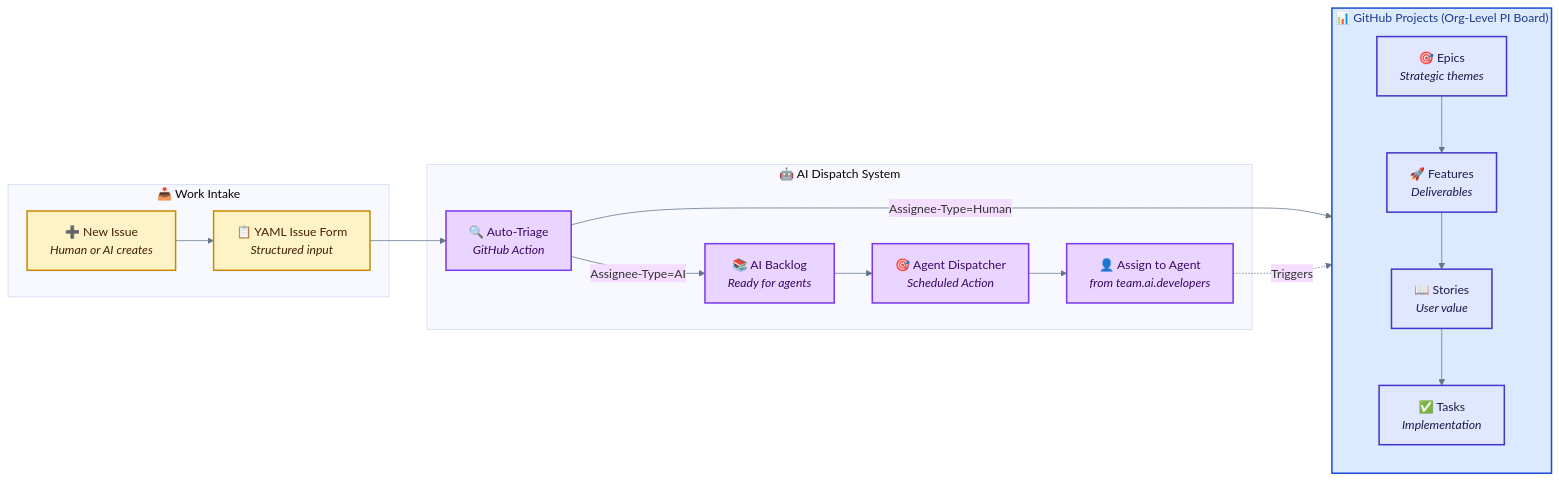
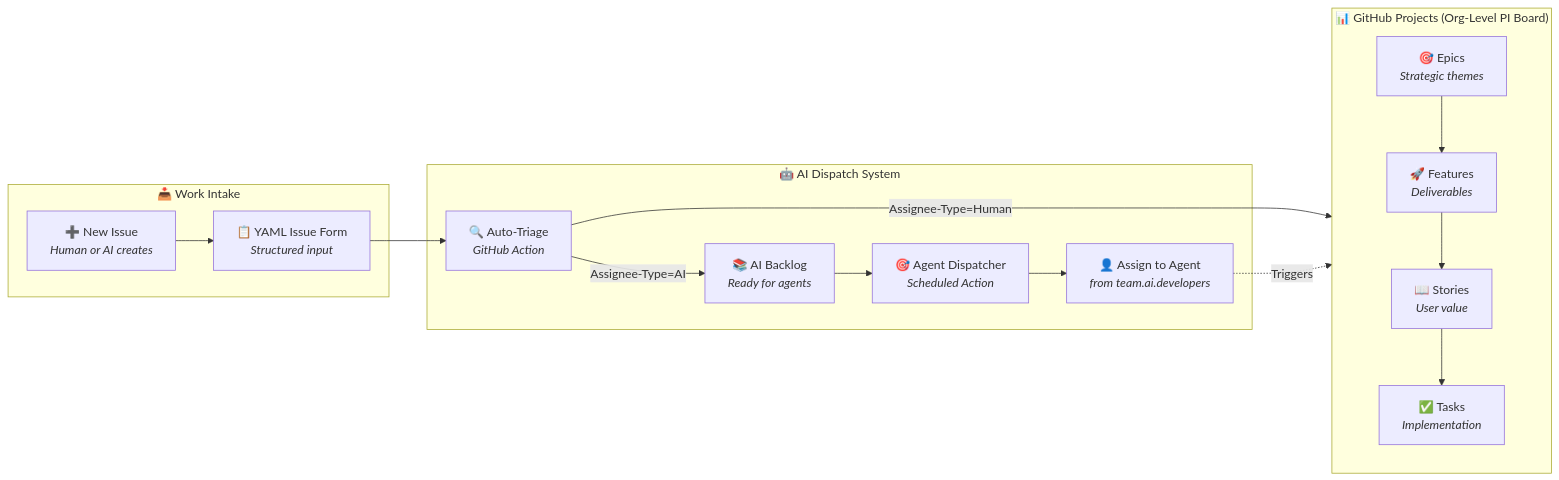
Before and after one commit to donbr/github-agentic-om: the third of 8 diagrams in github-native-operating-model.md, drawn with Mermaid. The commit also changed other lines of this file, not shown here.

````diff
--- a/github-native-operating-model.md
+++ b/github-native-operating-model.md
@@ -175,45 +147,34 @@
 ```mermaid
-%%{init: {"theme":"base", "themeVariables": {"lineColor":"#64748B","primaryBorderColor":"#64748B","textColor":"#1E293B","background":"#FFFFFF"}}}%%
 flowchart LR
     subgraph INTAKE["📥 Work Intake"]
         ISSUE["➕ New Issue<br/><i>Human or AI creates</i>"]
         FORM["📋 YAML Issue Form<br/><i>Structured input</i>"]
     end
 
     subgraph PROJECTS["📊 GitHub Projects (Org-Level PI Board)"]
         direction TB
         EPIC["🎯 Epics<br/><i>Strategic themes</i>"]
         FEATURE["🚀 Features<br/><i>Deliverables</i>"]
         STORY["📖 Stories<br/><i>User value</i>"]
         TASK["✅ Tasks<br/><i>Implementation</i>"]
 
         EPIC --> FEATURE
         FEATURE --> STORY
         STORY --> TASK
     end
 
     subgraph DISPATCH["🤖 AI Dispatch System"]
         TRIAGE["🔍 Auto-Triage<br/><i>GitHub Action</i>"]
         AIBACKLOG["📚 AI Backlog<br/><i>Ready for agents</i>"]
         DISPATCHER["🎯 Agent Dispatcher<br/><i>Scheduled Action</i>"]
         ASSIGN["👤 Assign to Agent<br/><i>from team.ai.developers</i>"]
     end
 
     ISSUE --> FORM
     FORM --> TRIAGE
     TRIAGE -->|"Assignee-Type=AI"| AIBACKLOG
     TRIAGE -->|"Assignee-Type=Human"| PROJECTS
     AIBACKLOG --> DISPATCHER
     DISPATCHER --> ASSIGN
     ASSIGN -.Triggers.-> PROJECTS
-
-    classDef planning fill:#DBEAFE,stroke:#1D4ED8,stroke-width:2px,color:#1E3A8A
-    classDef intake fill:#FEF3C7,stroke:#CA8A04,stroke-width:2px,color:#422006
-    classDef hierarchy fill:#E0E7FF,stroke:#4338CA,stroke-width:2px,color:#1E1B4B
-    classDef automation fill:#E9D5FF,stroke:#7C3AED,stroke-width:2px,color:#3B0764
-
-    class PROJECTS planning
-    class ISSUE,FORM intake
-    class EPIC,FEATURE,STORY,TASK hierarchy
-    class TRIAGE,AIBACKLOG,DISPATCHER,ASSIGN automation
 ```
````
